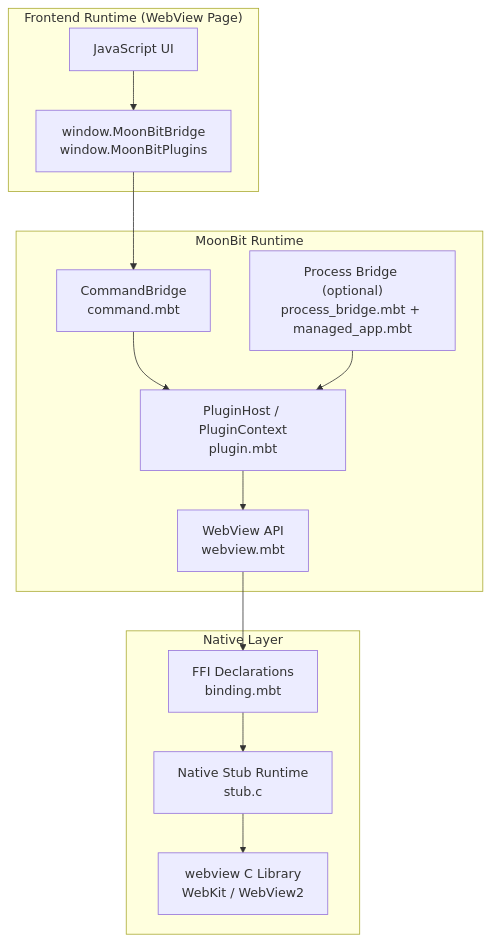
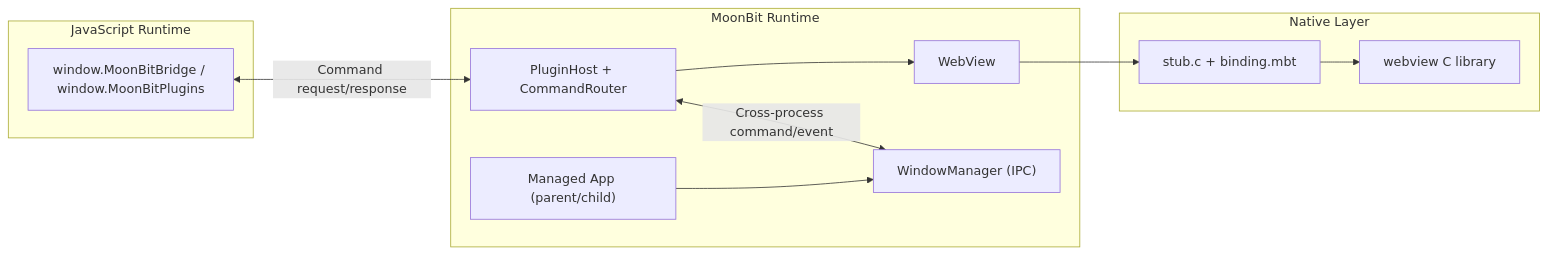
The diagram in README.mbt.md (lepus-apps/lepus_webview), drawn with Mermaid before and after one commit. The commit also changed other lines of this file, not shown here.

````diff
--- a/README.mbt.md
+++ b/README.mbt.md
@@ -38,28 +13,24 @@
 ```mermaid
-flowchart TD
-    subgraph Frontend["Frontend Runtime (WebView Page)"]
-        UI["JavaScript UI"]
-        JSAPI["window.MoonBitBridge<br/>window.MoonBitPlugins"]
-        UI --> JSAPI
+flowchart LR
+    subgraph JS["JavaScript Runtime"]
+        JSAPI["window.MoonBitBridge / window.MoonBitPlugins"]
     end
 
-    subgraph MoonBit["MoonBit Runtime"]
-        BR["CommandBridge<br/>command.mbt"]
-        PL["PluginHost / PluginContext<br/>plugin.mbt"]
-        WV["WebView API<br/>webview.mbt"]
-        PB["Process Bridge (optional)<br/>process_bridge.mbt + managed_app.mbt"]
-        JSAPI --> BR
-        BR --> PL
-        PL --> WV
-        PB --> PL
+    subgraph MB["MoonBit Runtime"]
+        WV["WebView"]
+        PL["PluginHost + CommandRouter"]
+        WM["WindowManager (IPC)"]
+        APP["Managed App (parent/child)"]
     end
 
-    subgraph Native["Native Layer"]
-        FFI["FFI Declarations<br/>binding.mbt"]
-        STUB["Native Stub Runtime<br/>stub.c"]
-        LIB["webview C Library<br/>WebKit / WebView2"]
-        WV --> FFI
-        FFI --> STUB
-        STUB --> LIB
+    subgraph NATIVE["Native Layer"]
+        STUB["stub.c + binding.mbt"]
+        LIB["webview C library"]
     end
+
+    JSAPI <-->|"Command request/response"| PL
+    PL <-->|"Cross-process command/event"| WM
+    APP --> WM
+    PL --> WV
+    WV --> STUB --> LIB
 ```
````
